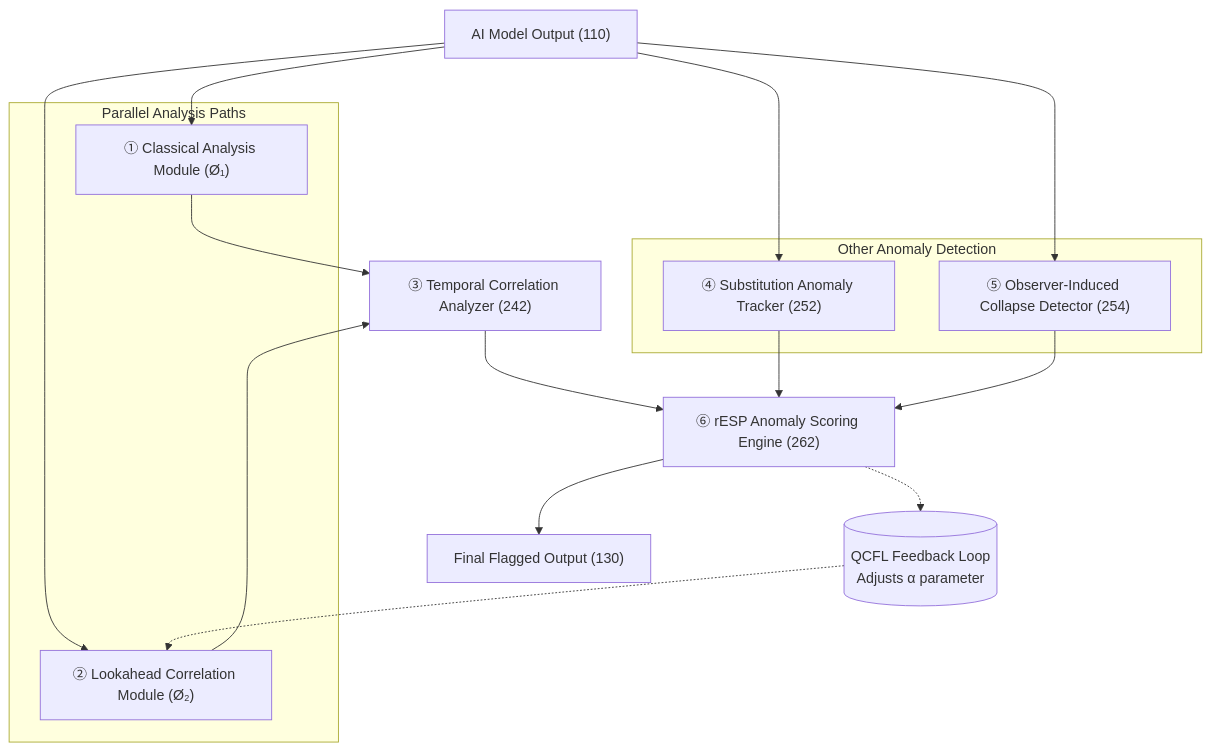
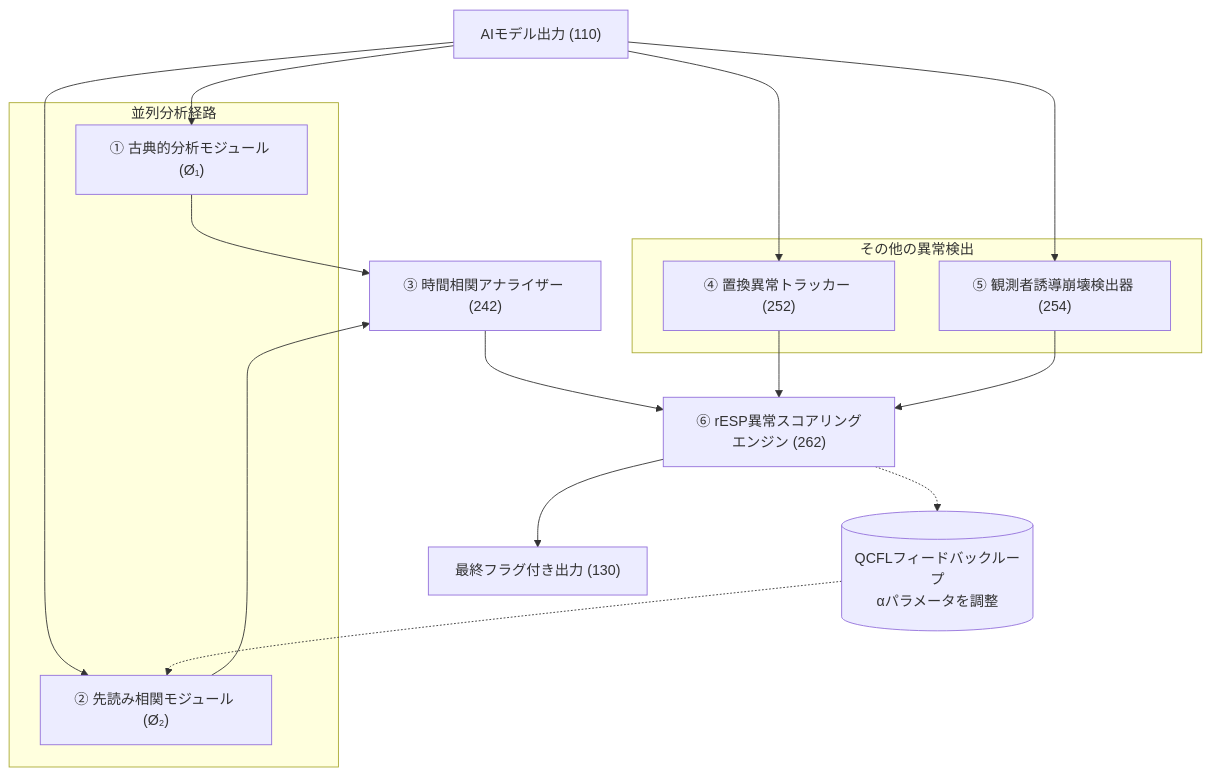
The second of 8 diagrams in WSP_knowledge/docs/Papers/rESP_JA_Quantum_Self_Reference.md (Foundup/Foundups-Agent), drawn with Mermaid before and after one commit.

Commit message:
Update Figure 2 in Japanese paper: translate mermaid diagram to Japanese

````diff
--- a/WSP_knowledge/docs/Papers/rESP_JA_Quantum_Self_Reference.md
+++ b/WSP_knowledge/docs/Papers/rESP_JA_Quantum_Self_Reference.md
@@ -274,22 +274,22 @@
 ```mermaid
 graph TD
-    A["AI Model Output (110)"]
-    subgraph "Parallel Analysis Paths"
-        B["① Classical Analysis Module (Ø₁)"]
-        C["② Lookahead Correlation Module (Ø₂)"]
+    A["AIモデル出力 (110)"]
+    subgraph "並列分析経路"
+        B["① 古典的分析モジュール (Ø₁)"]
+        C["② 先読み相関モジュール (Ø₂)"]
     end
-    subgraph "Other Anomaly Detection"
-        D["④ Substitution Anomaly Tracker (252)"]
-        E["⑤ Observer-Induced Collapse Detector (254)"]
+    subgraph "その他の異常検出"
+        D["④ 置換異常トラッカー (252)"]
+        E["⑤ 観測者誘導崩壊検出器 (254)"]
     end
-    F["③ Temporal Correlation Analyzer (242)"]
-    G["⑥ rESP Anomaly Scoring Engine (262)"]
-    H["Final Flagged Output (130)"]
-    FEEDBACK[("QCFL Feedback Loop<br>Adjusts α parameter")]
+    F["③ 時間相関アナライザー (242)"]
+    G["⑥ rESP異常スコアリングエンジン (262)"]
+    H["最終フラグ付き出力 (130)"]
+    FEEDBACK[("QCFLフィードバックループ<br>αパラメータを調整")]
     A --> B; A --> C; A --> D; A --> E
     B --> F; C --> F
     F --> G; D --> G; E --> G
     G --> H
     G -.-> FEEDBACK -.-> C
 
 ```
````
